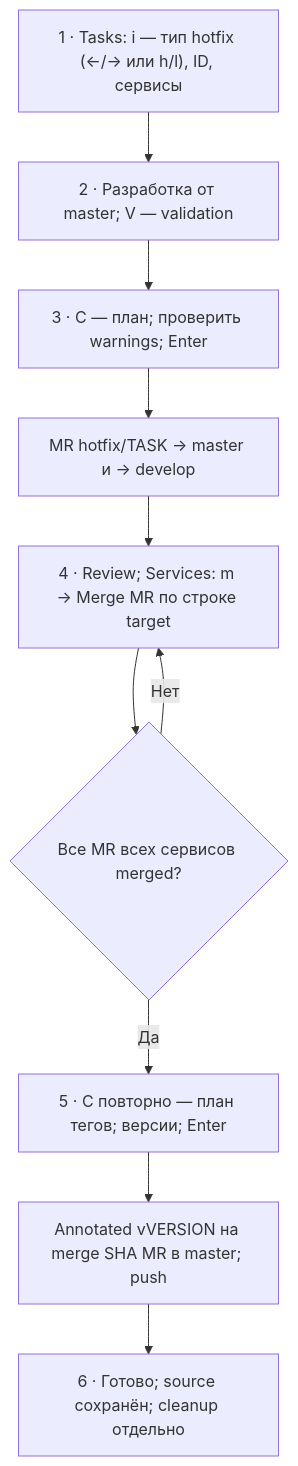
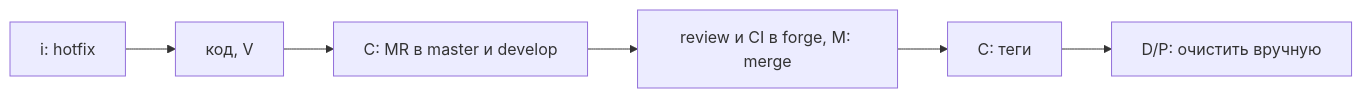
Before and after one commit to D1ssolve/wtui: the third of 3 diagrams in docs/workflows.md, drawn with Mermaid. The commit also changed other lines of this file and 181 other files, not shown here.

````diff
--- a/docs/workflows.md
+++ b/docs/workflows.md
@@ -73,12 +73,8 @@
 ```mermaid
-flowchart TD
-    H1["1 · Tasks: i — тип hotfix (←/→ или h/l), ID, сервисы"] --> H2["2 · Разработка от master; V — validation"]
-    H2 --> H3["3 · C — план; проверить warnings; Enter"]
-    H3 --> H4["MR hotfix/TASK → master и → develop"]
-    H4 --> H5["4 · Review; Services: m → Merge MR по строке target"]
-    H5 --> H6{"Все MR всех сервисов merged?"}
-    H6 -->|Нет| H5
-    H6 -->|Да| H7["5 · C повторно — план тегов; версии; Enter"]
-    H7 --> H8["Annotated vVERSION на merge SHA MR в master; push"]
-    H8 --> H9["6 · Готово; source сохранён; cleanup отдельно"]
+flowchart LR
+    A["i: hotfix"] --> B["код, V"]
+    B --> C["C: MR в master и develop"]
+    C --> D["review и CI в forge, M: merge"]
+    D --> E["C: теги"]
+    E --> F["D/P: очистить вручную"]
 ```
````
